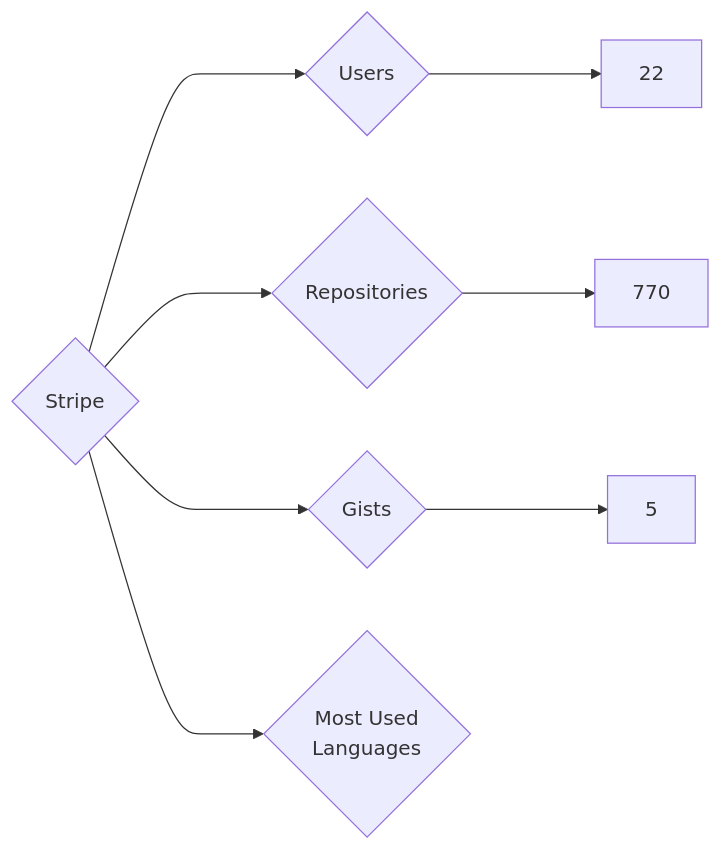
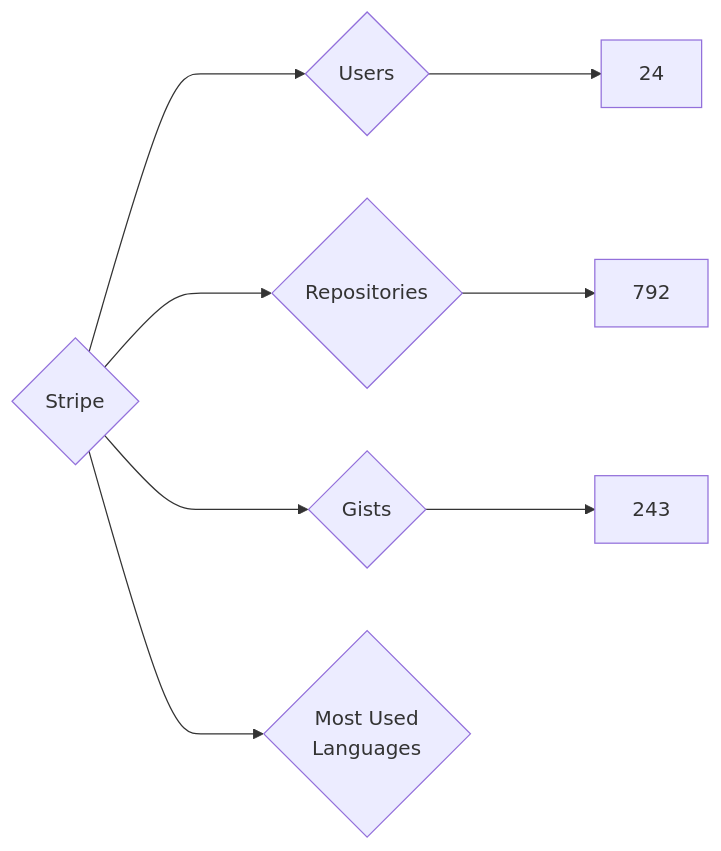
The diagram in targets/Stripe/README.md (nenadzaric/insiders), drawn with Mermaid before and after one commit. The commit also changed 1342 other files, not shown here.

````diff
--- a/targets/Stripe/README.md
+++ b/targets/Stripe/README.md
@@ -3,8 +3,8 @@
 ```mermaid
 graph LR
 COMPANY_NAME{Stripe}
-COMPANY_NAME ---> U{Users} ---> UN[22]
-COMPANY_NAME ---> R{Repositories} ---> RN[770]
-COMPANY_NAME ---> G{Gists} ---> GN[5]
+COMPANY_NAME ---> U{Users} ---> UN[24]
+COMPANY_NAME ---> R{Repositories} ---> RN[792]
+COMPANY_NAME ---> G{Gists} ---> GN[243]
 COMPANY_NAME ---> ML{Most Used<br>Languages}
 ```
````
